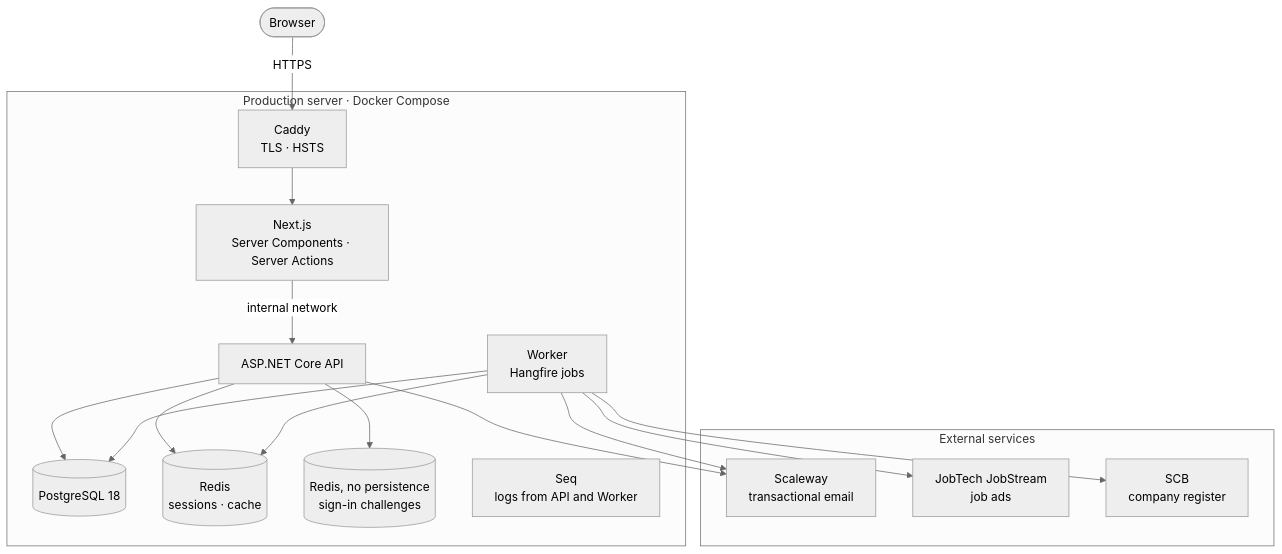
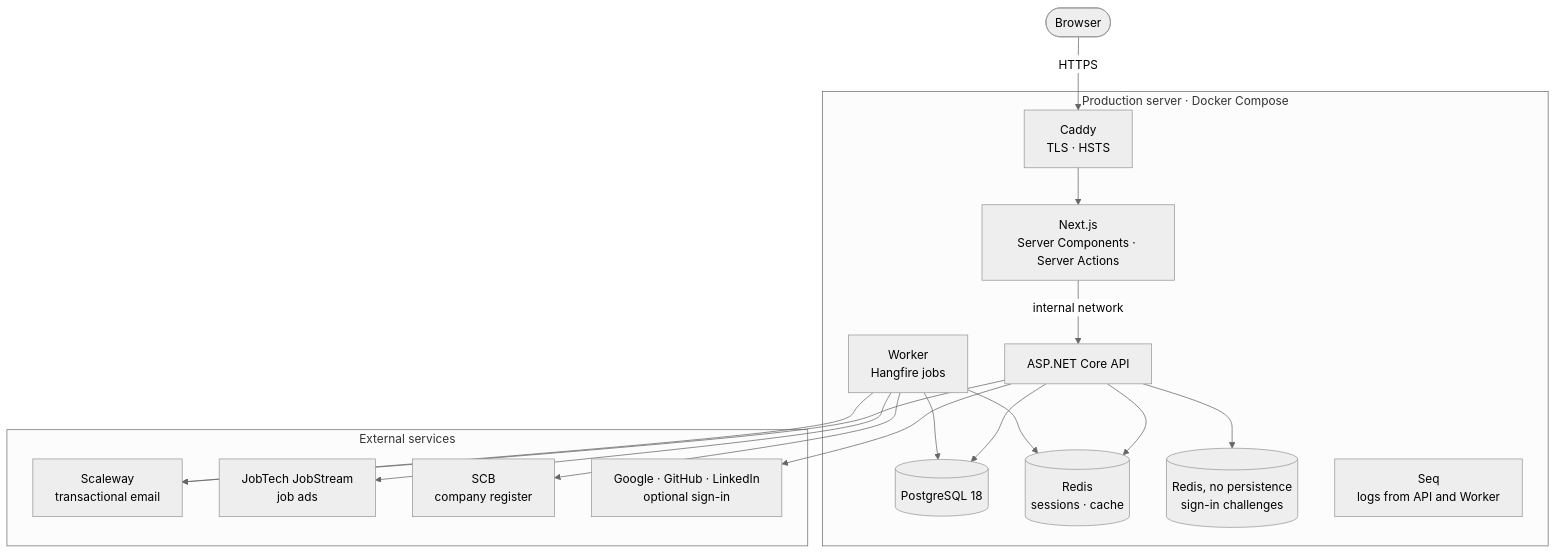
The second of 3 diagrams in README.md (klasolsson81/jobbliggaren), drawn with Mermaid (neutral theme) before and after one commit. The commit also changed other lines of this file and 1 other file, not shown here.

````diff
--- a/README.md
+++ b/README.md
@@ -80,30 +80,32 @@
 ```mermaid
 flowchart TB
     Browser(["Browser"]) -->|HTTPS| Caddy
 
     subgraph Server["Production server · Docker Compose"]
         Caddy["Caddy<br/>TLS · HSTS"] --> Web["Next.js<br/>Server Components · Server Actions"]
         Web -->|internal network| Api["ASP.NET Core API"]
         Worker["Worker<br/>Hangfire jobs"]
         Postgres[("PostgreSQL 18")]
         Redis[("Redis<br/>sessions · cache")]
         Volatile[("Redis, no persistence<br/>sign-in challenges")]
         Seq["Seq<br/>logs from API and Worker"]
         Api --> Volatile
         Api --> Redis
         Api --> Postgres
         Worker --> Postgres
         Worker --> Redis
     end
 
     subgraph External["External services"]
         Scaleway["Scaleway<br/>transactional email"]
         JobTech["JobTech JobStream<br/>job ads"]
         SCB["SCB<br/>company register"]
+        OAuth["Google · GitHub · LinkedIn<br/>optional sign-in"]
     end
 
     Api --> Scaleway
     Worker --> Scaleway
     Worker --> JobTech
     Worker --> SCB
+    Api --> OAuth
 ```
````
